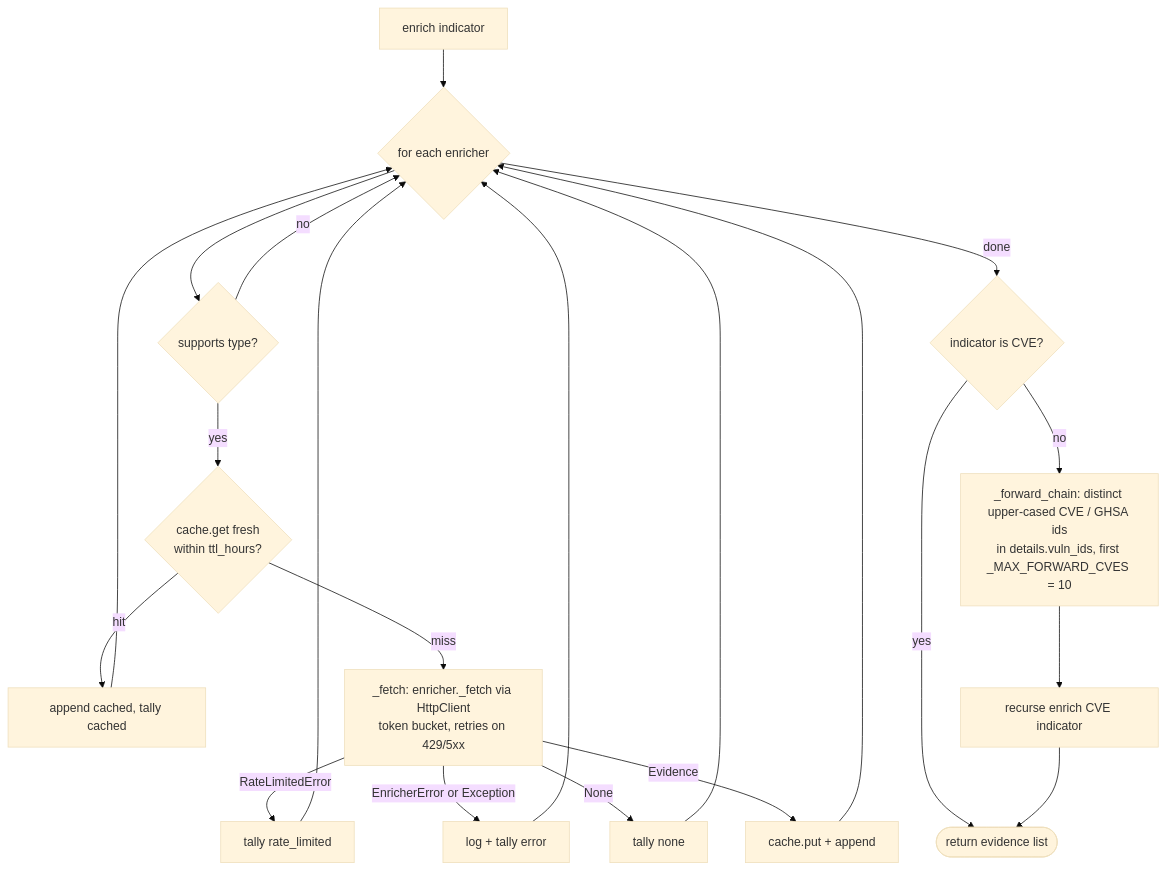
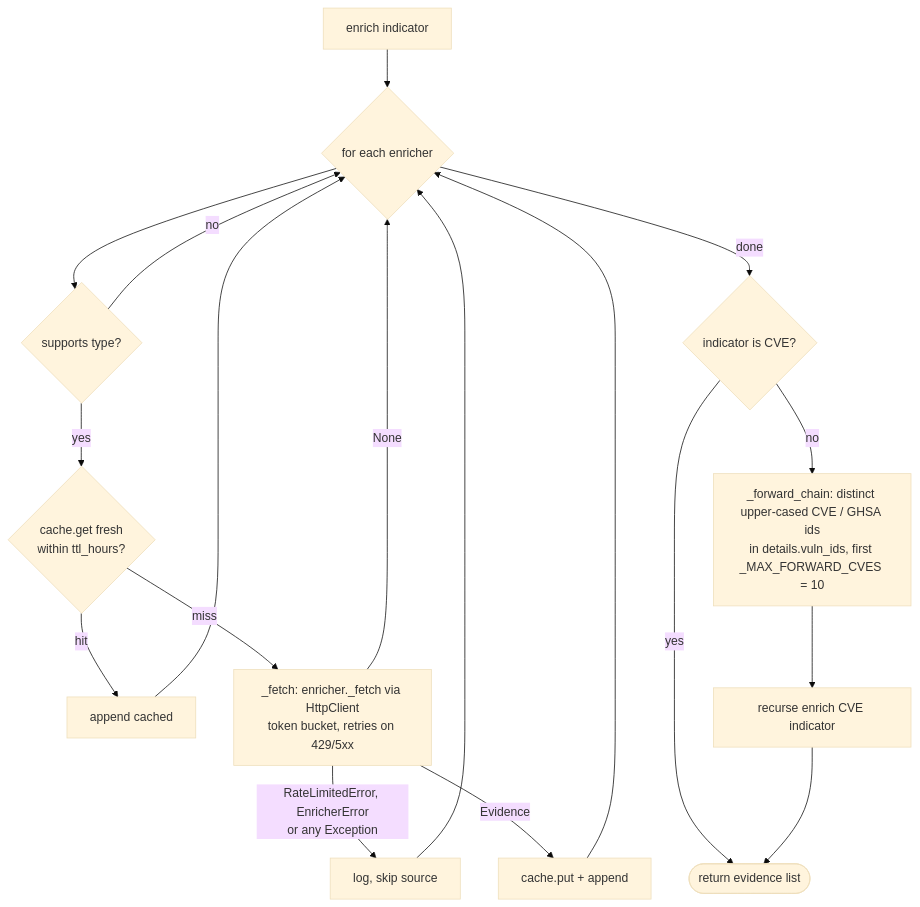
Diagram 18 of 23 in docs/ARCHITECTURE.md (iklobato/avai), drawn with Mermaid (base theme) before and after one commit. The commit also changed other lines of this file and 1 other file, not shown here.

````diff
--- a/docs/ARCHITECTURE.md
+++ b/docs/ARCHITECTURE.md
@@ -1166,17 +1164,16 @@
 ```mermaid
 flowchart TD
     A[enrich indicator] --> B{for each enricher}
     B --> C{supports type?}
     C -->|no| B
     C -->|yes| D{cache.get fresh<br/>within ttl_hours?}
-    D -->|hit| E[append cached, tally cached] --> B
+    D -->|hit| E[append cached] --> B
     D -->|miss| F[_fetch: enricher._fetch via HttpClient<br/>token bucket, retries on 429/5xx]
-    F -->|RateLimitedError| G[tally rate_limited] --> B
-    F -->|EnricherError or Exception| H[log + tally error] --> B
-    F -->|None| I[tally none] --> B
+    F -->|RateLimitedError, EnricherError<br/>or any Exception| H[log, skip source] --> B
+    F -->|None| B
     F -->|Evidence| J[cache.put + append] --> B
     B -->|done| K{indicator is CVE?}
     K -->|yes| Z([return evidence list])
     K -->|no| L["_forward_chain: distinct upper-cased CVE / GHSA ids<br/>in details.vuln_ids, first _MAX_FORWARD_CVES = 10"]
     L --> M[recurse enrich CVE indicator] --> Z
 ```
````
